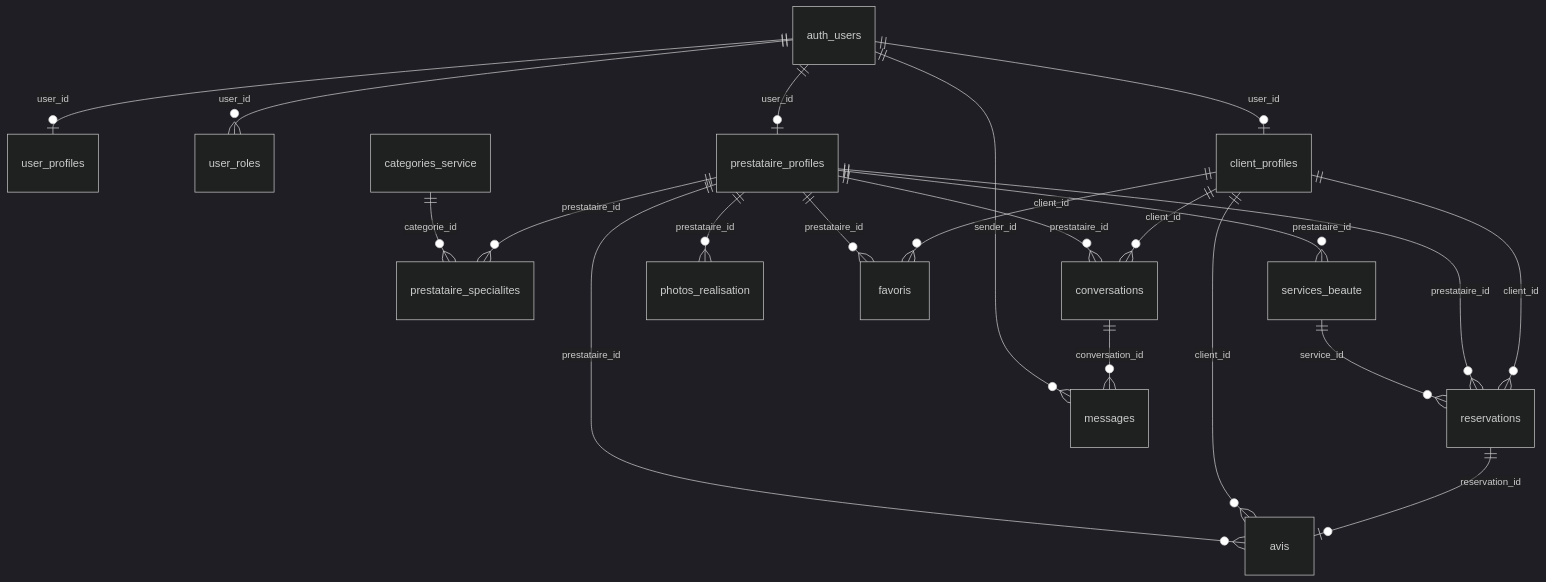
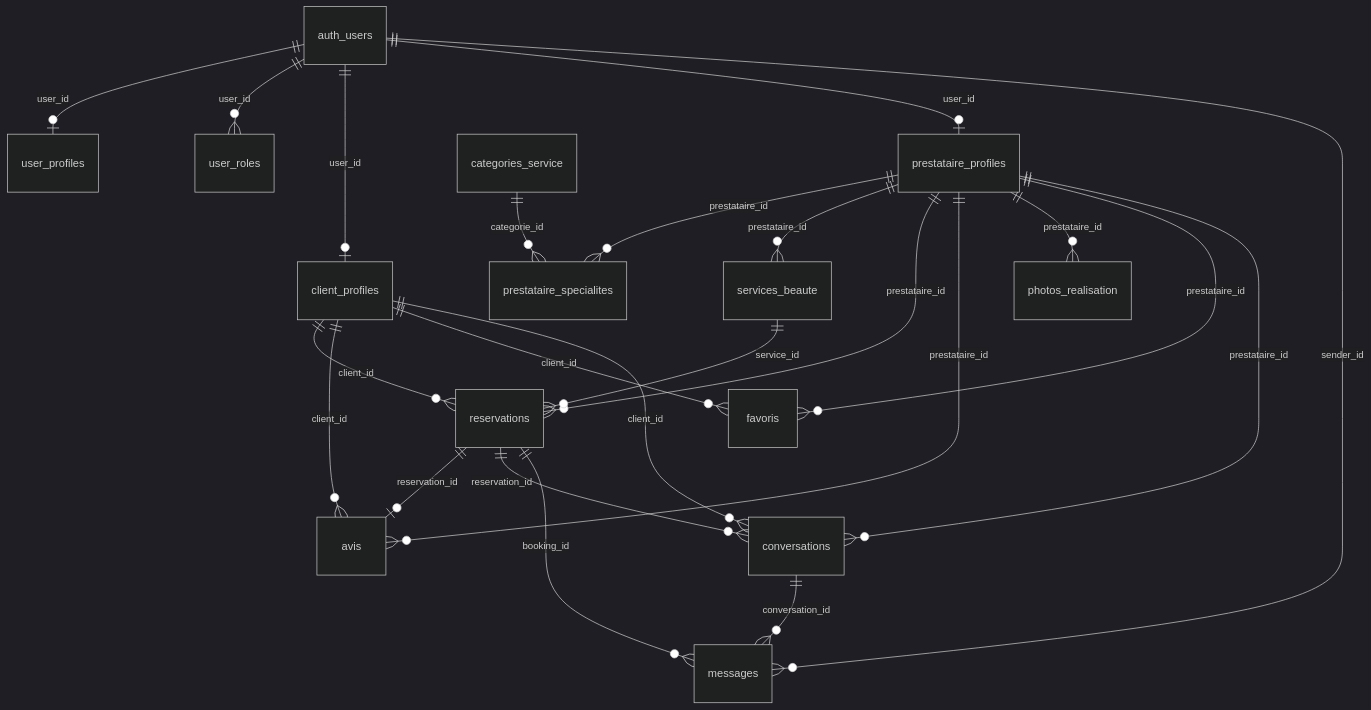
One commit to Nthiekamw/Madbeauty_flutter changed the diagram in docs/DB_SCHEMA.md. Above: the diagram before and after it, drawn with Mermaid (dark theme). The commit also changed other lines of this file and 113 other files, not shown here.

````diff
--- a/docs/DB_SCHEMA.md
+++ b/docs/DB_SCHEMA.md
@@ -233,23 +287,25 @@
 ```mermaid
 erDiagram
   auth_users ||--o| user_profiles : user_id
   auth_users ||--o{ user_roles : user_id
   auth_users ||--o| client_profiles : user_id
   auth_users ||--o| prestataire_profiles : user_id
   prestataire_profiles ||--o{ prestataire_specialites : prestataire_id
   categories_service ||--o{ prestataire_specialites : categorie_id
   prestataire_profiles ||--o{ services_beaute : prestataire_id
   client_profiles ||--o{ reservations : client_id
   prestataire_profiles ||--o{ reservations : prestataire_id
   services_beaute ||--o{ reservations : service_id
   reservations ||--o| avis : reservation_id
   client_profiles ||--o{ avis : client_id
   prestataire_profiles ||--o{ avis : prestataire_id
   prestataire_profiles ||--o{ photos_realisation : prestataire_id
   client_profiles ||--o{ favoris : client_id
   prestataire_profiles ||--o{ favoris : prestataire_id
   client_profiles ||--o{ conversations : client_id
   prestataire_profiles ||--o{ conversations : prestataire_id
+  reservations ||--o{ conversations : reservation_id
+  reservations ||--o{ messages : booking_id
   conversations ||--o{ messages : conversation_id
   auth_users ||--o{ messages : sender_id
 ```
````
